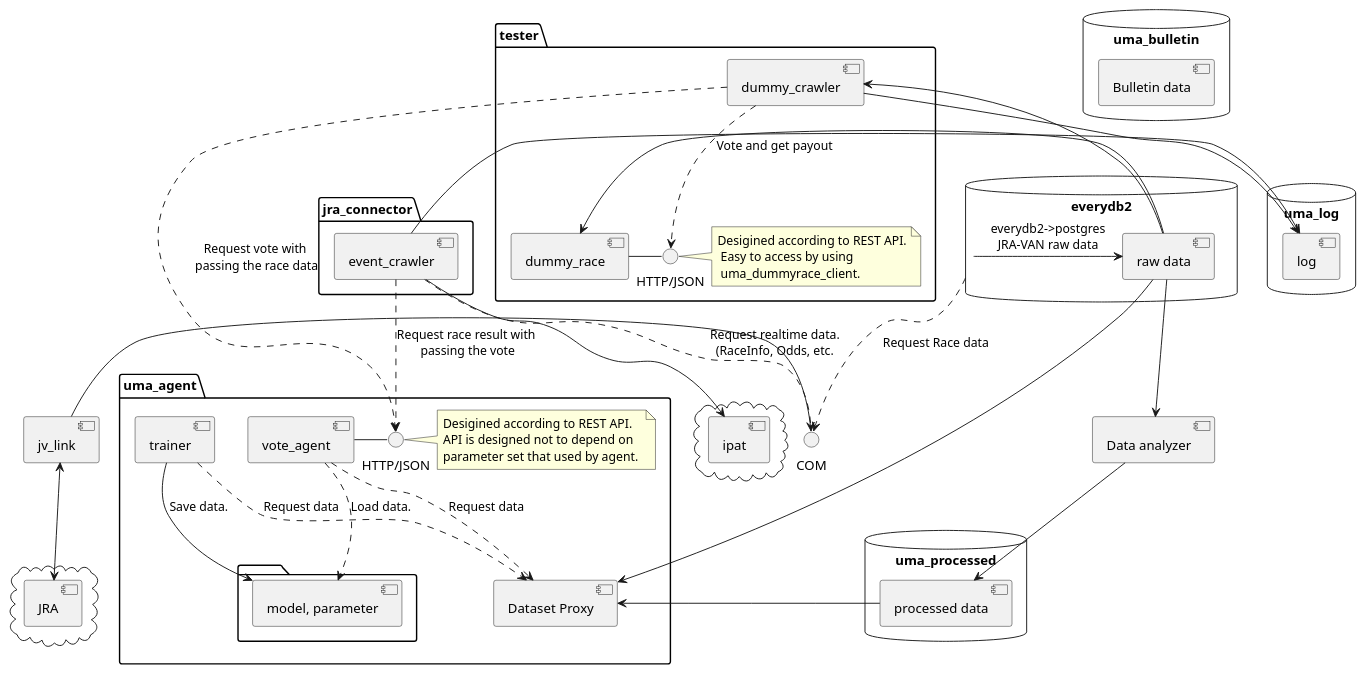
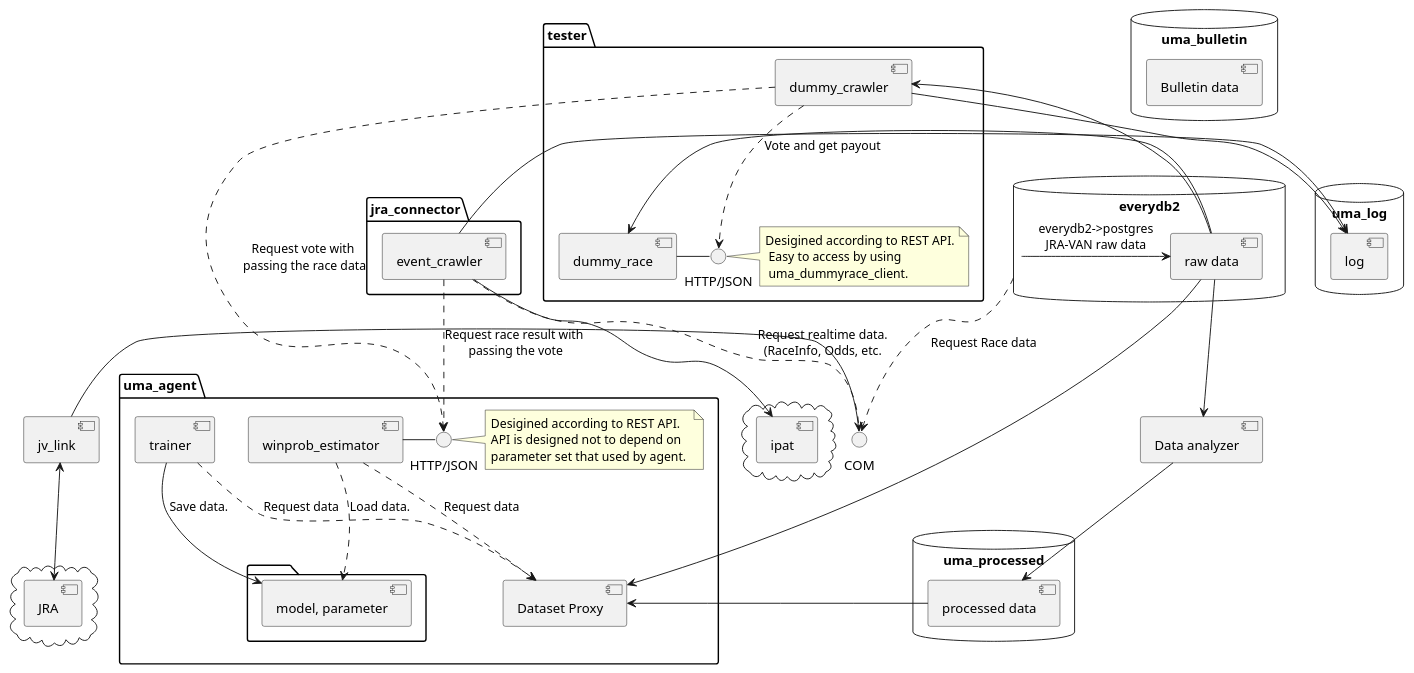
One commit to iwase22334/uma_document changed the diagram in software_design/system_overview.md. Above: the diagram before and after it, drawn with PlantUML. The commit also changed 1 other file, not shown here.

Commit message:
Documentation: rename winprob_estimator_api

```diff
--- a/software_design/system_overview.md
+++ b/software_design/system_overview.md
@@ -44,10 +44,10 @@
     [trainer] --> [model] : Save data.
 
     [trainer] ..> [proxy] : Request data
-    [vote_agent] ..> [proxy] : Request data
+    [winprob_estimator] ..> [proxy] : Request data
 
-    [vote_agent] - agent_if 
-    [vote_agent] ..> [model] : Load data.
+    [winprob_estimator] - agent_if 
+    [winprob_estimator] ..> [model] : Load data.
 }
 
 package "tester" { 
```
